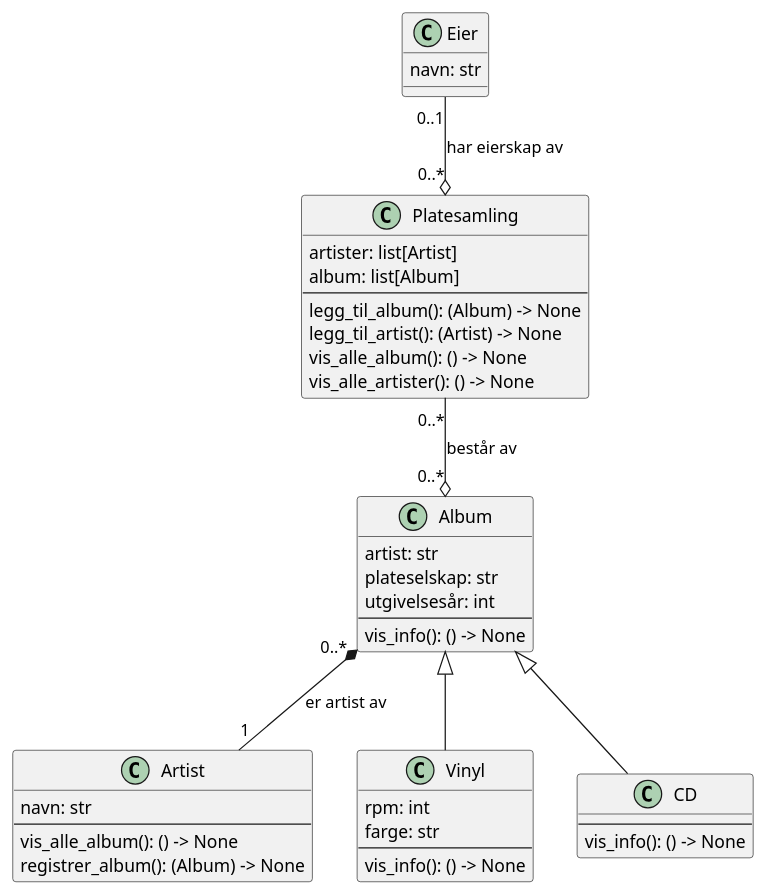
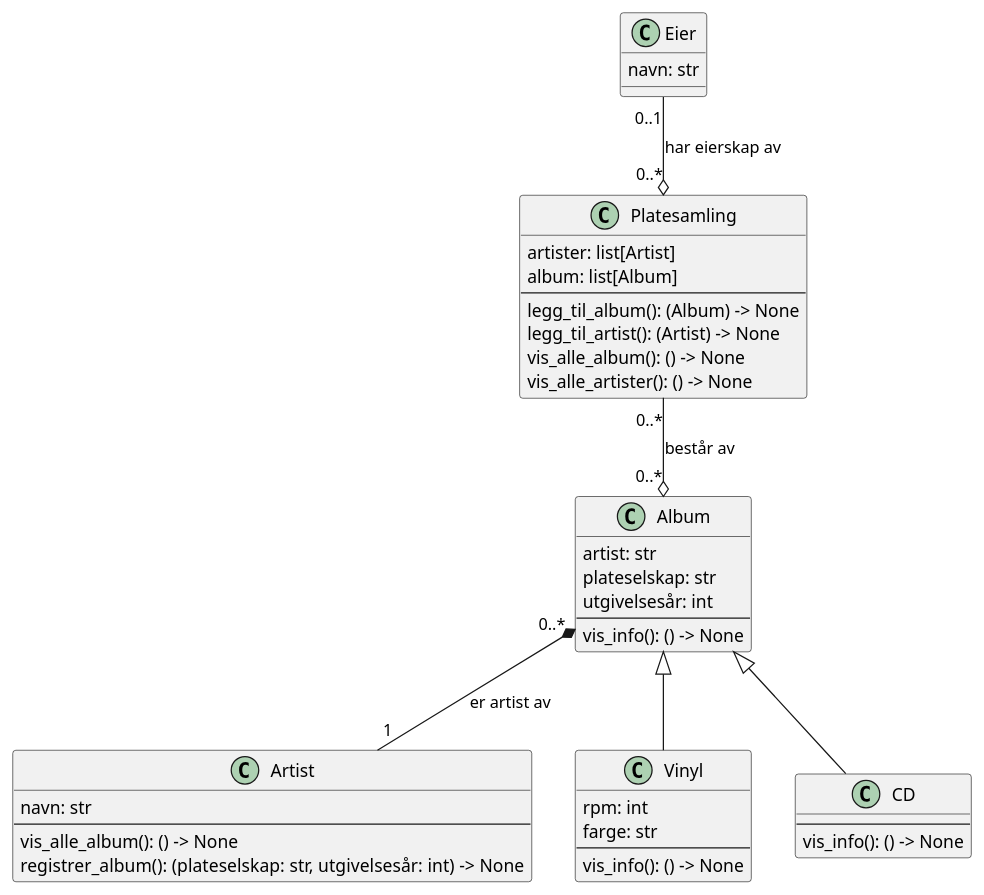
Before and after one commit to 44tratie/IT2: the diagram in periode 2/Uke 48/modellering/modell.puml, drawn with PlantUML.

Commit message:
fiks diagram

```diff
--- a/periode 2/Uke 48/modellering/modell.puml
+++ b/periode 2/Uke 48/modellering/modell.puml
@@ -1,48 +1,48 @@
 @startuml
 
 class Eier {
     navn: str
 }
 
 class Platesamling {
     artister: list[Artist]
     album: list[Album]
     --
     legg_til_album(): (Album) -> None
     legg_til_artist(): (Artist) -> None
     vis_alle_album(): () -> None
     vis_alle_artister(): () -> None
 }
 
 class Artist {
     navn: str
     --
     vis_alle_album(): () -> None
-    registrer_album(): (Album) -> None
+    registrer_album(): (plateselskap: str, utgivelsesår: int) -> None
 }
 
 class Album {
     artist: str
     plateselskap: str
     utgivelsesår: int
     --
     vis_info(): () -> None
 }
 
 class Vinyl extends Album {
     rpm: int
     farge: str
     --
     vis_info(): () -> None
 }
 
 class CD extends Album {
     --
     vis_info(): () -> None
 }
 
 Eier "0..1" --o "0..*" Platesamling : har eierskap av
 Platesamling "0..*" --o "0..*" Album : "består av"
 
 Album "0..*" *-- "1" Artist : er artist av
 @enduml
```
